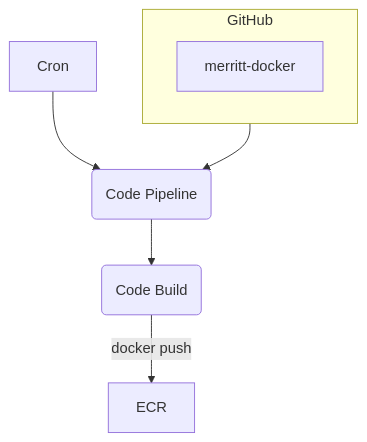
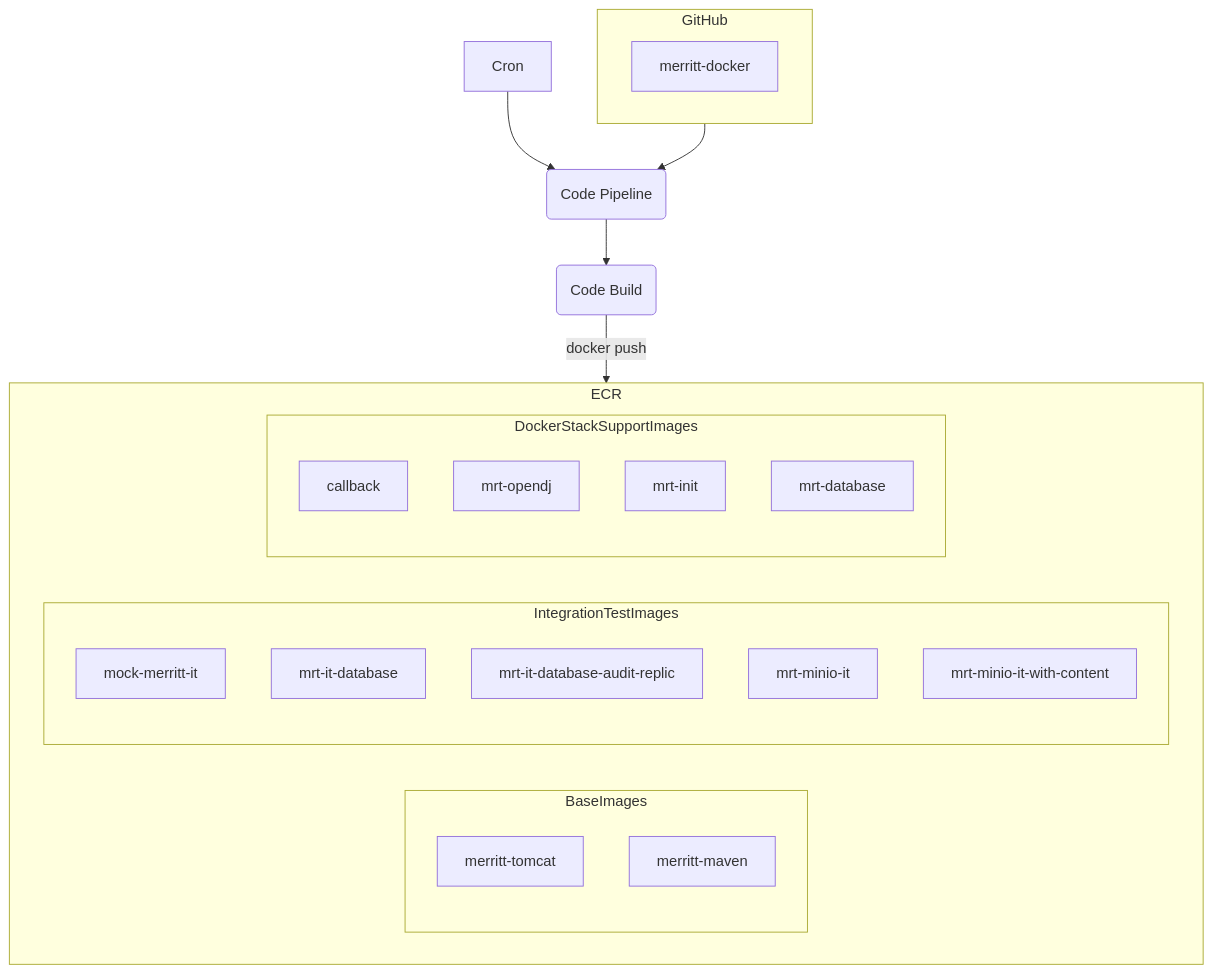
One commit to CDLUC3/mrt-doc changed the first of 10 diagrams in design/aws-build/README.md. Above: the diagram before and after it, drawn with Mermaid. The commit also changed other lines of this file, not shown here.

````diff
--- a/design/aws-build/README.md
+++ b/design/aws-build/README.md
@@ -18,12 +18,33 @@
 ```mermaid
 graph TD
   subgraph GitHub
     merritt-docker
   end
   GitHub --> Pipeline
   Cron --> Pipeline
   Pipeline(Code Pipeline)
   Pipeline --> Build
   Build(Code Build)
   Build --> |docker push| ECR
+  subgraph ECR
+    subgraph BaseImages
+      merritt-tomcat
+      merritt-maven
+    end
+
+    subgraph IntegrationTestImages
+      mock-merritt-it
+      mrt-it-database
+      mrt-it-database-audit-replic
+      mrt-minio-it
+      mrt-minio-it-with-content
+    end
+
+    subgraph DockerStackSupportImages
+      callback
+      mrt-opendj
+      mrt-init
+      mrt-database
+    end
+  end
 ```
````
